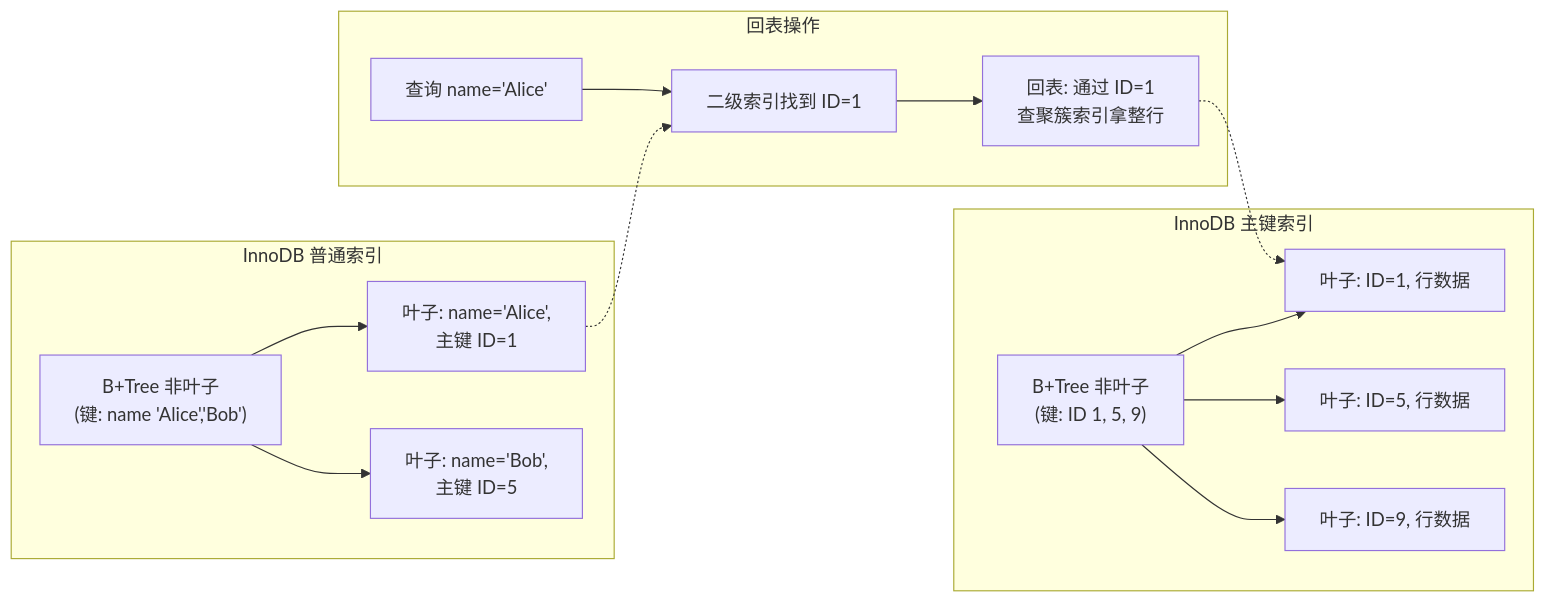
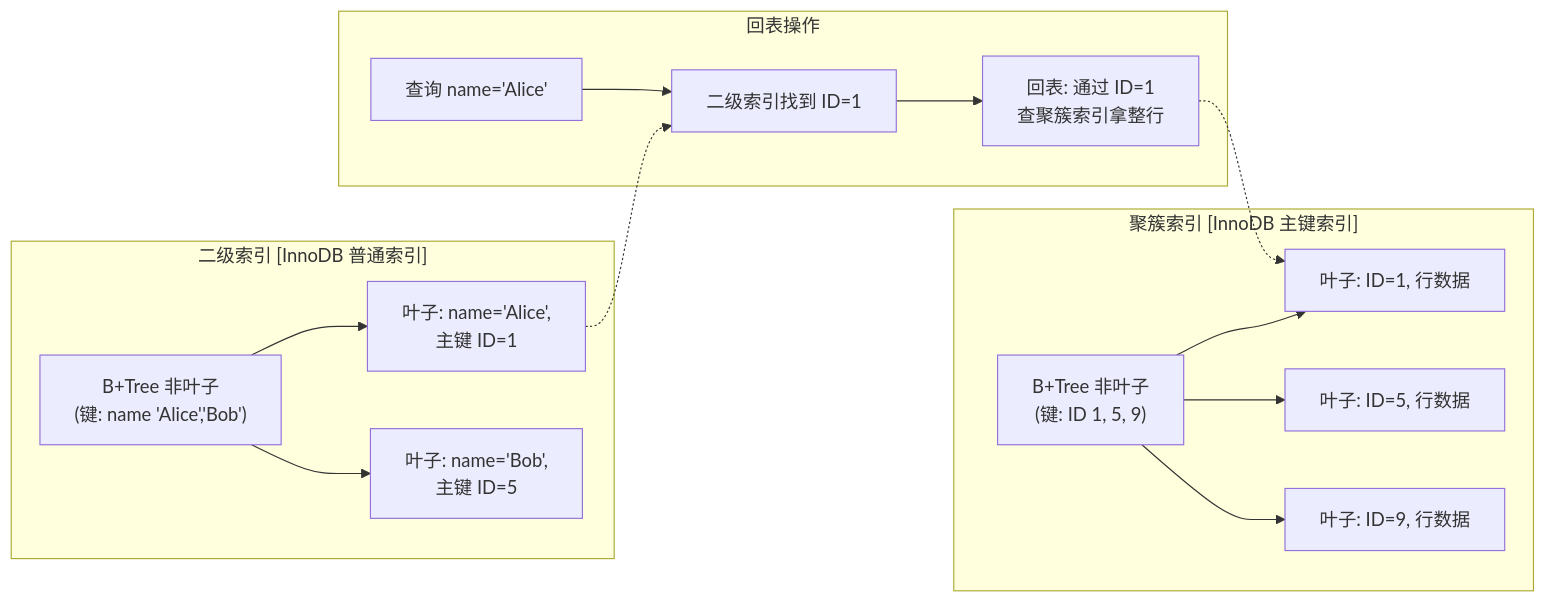
One commit to kane201x/javadoc changed the second of 20 diagrams in 08-mysql/README.md. Above: the diagram before and after it, drawn with Mermaid. The commit also changed other lines of this file and 12 other files, not shown here.

First line of the commit message:
fix: correct mermaid diagram syntax across all modules

````diff
--- a/08-mysql/README.md
+++ b/08-mysql/README.md
@@ -146,30 +146,30 @@
 ```mermaid
 graph LR
-    subgraph 聚簇索引[InnoDB 主键索引]
+    subgraph cluster_idx["聚簇索引 [InnoDB 主键索引]"]
         A1["B+Tree 非叶子<br/>(键: ID 1, 5, 9)"]
         A2["叶子: ID=1, 行数据"]
         A3["叶子: ID=5, 行数据"]
         A4["叶子: ID=9, 行数据"]
         A1 --> A2
         A1 --> A3
         A1 --> A4
     end
 
-    subgraph 二级索引[InnoDB 普通索引]
+    subgraph secondary_idx["二级索引 [InnoDB 普通索引]"]
         B1["B+Tree 非叶子<br/>(键: name 'Alice','Bob')"]
         B2["叶子: name='Alice',<br/>主键 ID=1"]
         B3["叶子: name='Bob',<br/>主键 ID=5"]
         B1 --> B2
         B1 --> B3
     end
 
-    subgraph 回表操作
+    subgraph back_to_table["回表操作"]
         C1["查询 name='Alice'"]
         C2["二级索引找到 ID=1"]
         C3["回表: 通过 ID=1<br/>查聚簇索引拿整行"]
         C1 --> C2 --> C3
     end
 
     B2 -.-> C2
     C3 -.-> A2
 ```
````
